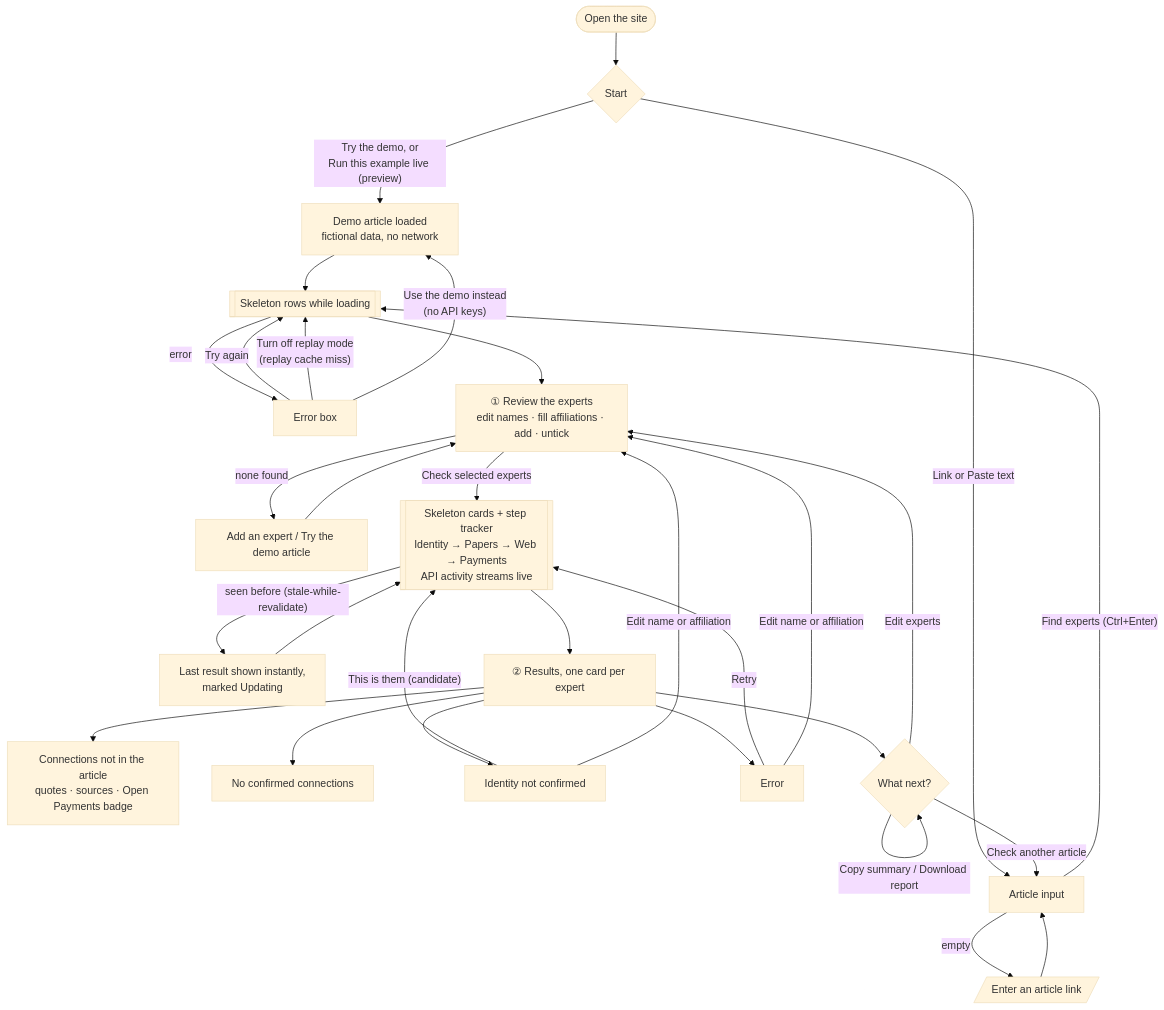
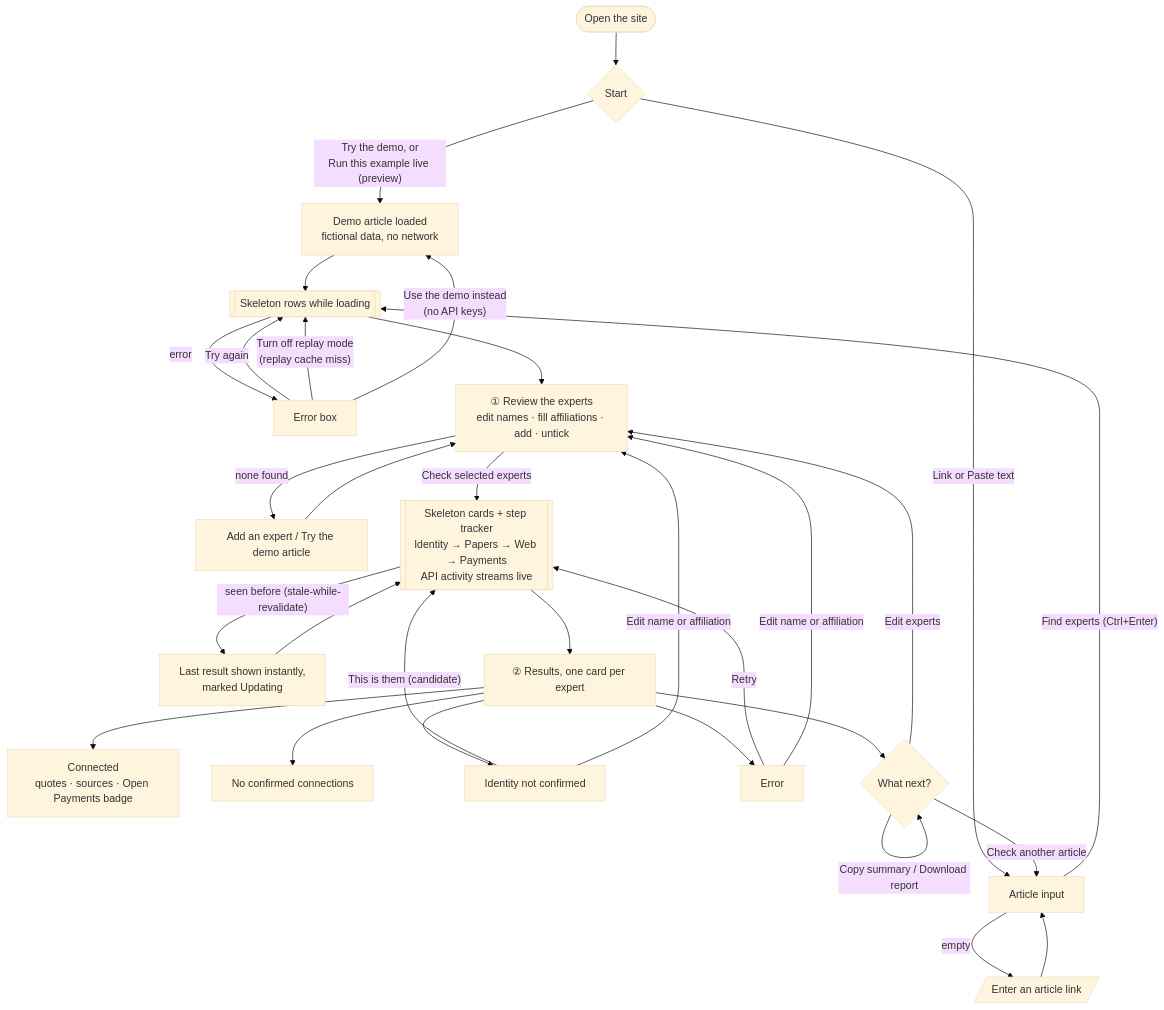
The second of 3 diagrams in README.md (Cory585/Hack1984), drawn with Mermaid (base theme) before and after one commit. The commit also changed other lines of this file and 1 other file, not shown here.

Commit message:
Results: plain verdict per expert (Connected / No connections found / Can't verify) with a one-sentence summary

````diff
--- a/README.md
+++ b/README.md
@@ -77,30 +77,30 @@
 ```mermaid
 flowchart TD
     A([Open the site]) --> B{Start}
     B -->|"Try the demo, or<br/>Run this example live (preview)"| D[Demo article loaded<br/>fictional data, no network]
     B -->|Link or Paste text| C[Article input]
     C -->|"Find experts (Ctrl+Enter)"| E[[Skeleton rows while loading]]
     D --> E
     C -->|empty| C1[/"Enter an article link"/] --> C
     E -->|error| X1[Error box]
     X1 -->|Try again| E
     X1 -->|"Turn off replay mode<br/>(replay cache miss)"| E
     X1 -->|"Use the demo instead<br/>(no API keys)"| D
     E --> F["① Review the experts<br/>edit names · fill affiliations · add · untick"]
     F -->|none found| F1[Add an expert / Try the demo article] --> F
     F -->|Check selected experts| G[[Skeleton cards + step tracker<br/>Identity → Papers → Web → Payments<br/>API activity streams live]]
     G -->|"seen before (stale-while-revalidate)"| G1[Last result shown instantly,<br/>marked Updating] --> G
     G --> H["② Results, one card per expert"]
-    H --> S1[Connections not in the article<br/>quotes · sources · Open Payments badge]
+    H --> S1[Connected<br/>quotes · sources · Open Payments badge]
     H --> S2[No confirmed connections]
     H --> S3[Identity not confirmed]
     H --> S4[Error]
     S3 -->|"This is them (candidate)"| G
     S3 -->|Edit name or affiliation| F
     S4 -->|Retry| G
     S4 -->|Edit name or affiliation| F
     H --> N{What next?}
     N -->|Edit experts| F
     N -->|Copy summary / Download report| N
     N -->|Check another article| C
 ```
````
